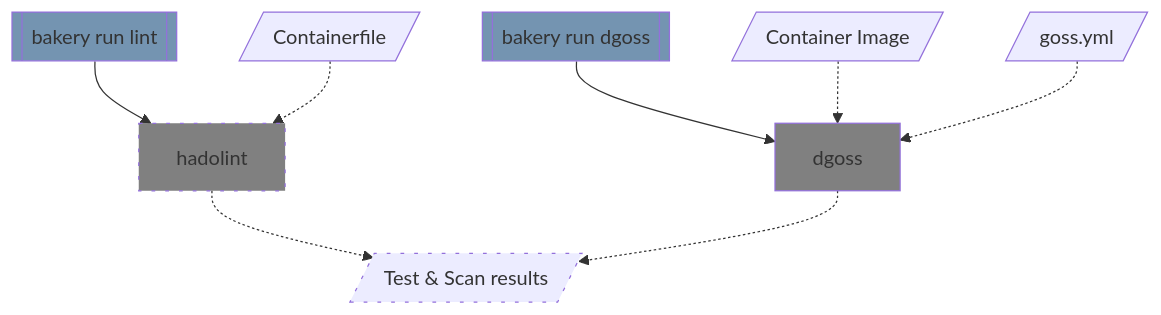
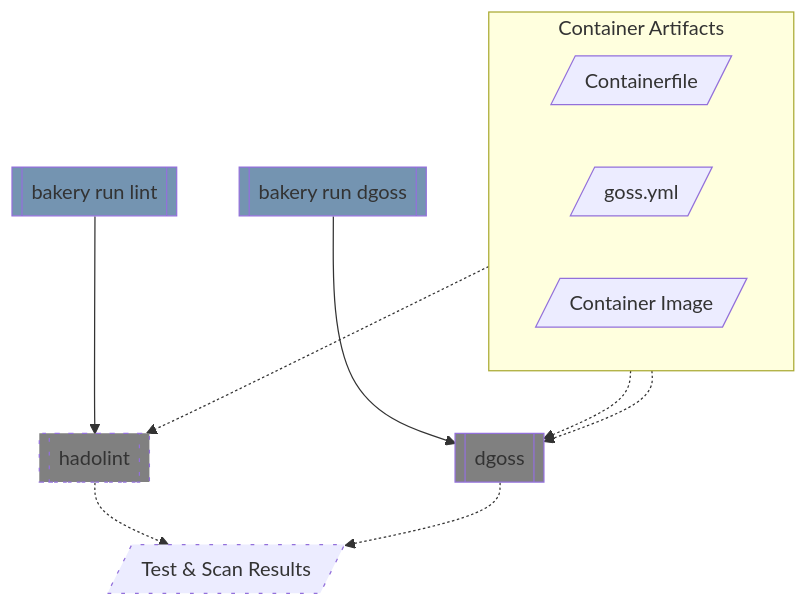
Before and after one commit to posit-dev/images-shared: the fifth of 7 diagrams in posit-bakery/ARCHITECTURE.md, drawn with Mermaid. The commit also changed other lines of this file, not shown here.

Commit message:
Implement PR feedback to improve diagram readability

````diff
--- a/posit-bakery/ARCHITECTURE.md
+++ b/posit-bakery/ARCHITECTURE.md
@@ -158,31 +161,36 @@
 ```mermaid
 flowchart TD
 
-    containerfile[/Containerfile/]
-    tests[/goss.yml/]
+    subgraph "Container Artifacts"
+        direction LR
+        containerfile[/Containerfile/]
+        tests[/goss.yml/]
+        image[/Container Image/]
+    end
 
-    image[/Container Image/]
-    results[/"Test & Scan results"/]
 
-    lint[hadolint]
+    results[/"Test & Scan Results"/]
+
+    lint[[hadolint]]
     runLint[[bakery run lint]]
     runLint --> lint
     containerfile -.-> lint -.-> results
 
-    dgoss[dgoss]
+    dgoss[[dgoss]]
     runDgoss[[bakery run dgoss]]
+    image & tests -.-> dgoss
     runDgoss --> dgoss
-    image & tests -.-> dgoss -.-> results
+    dgoss -.-> results
 
     classDef tooling fill:#7494B1
     classDef external fill:grey
     classDef progress stroke-dasharray: 2 2
     classDef todo stroke-dasharray: 3 8
 
     class runLint,runDgoss tooling
     class lint,dgoss external
 
     %% Mark what we are working on and is in flight %%
     class inprogress,snyk progress
     class planned,lint,openscap,results todo
 ```
````
